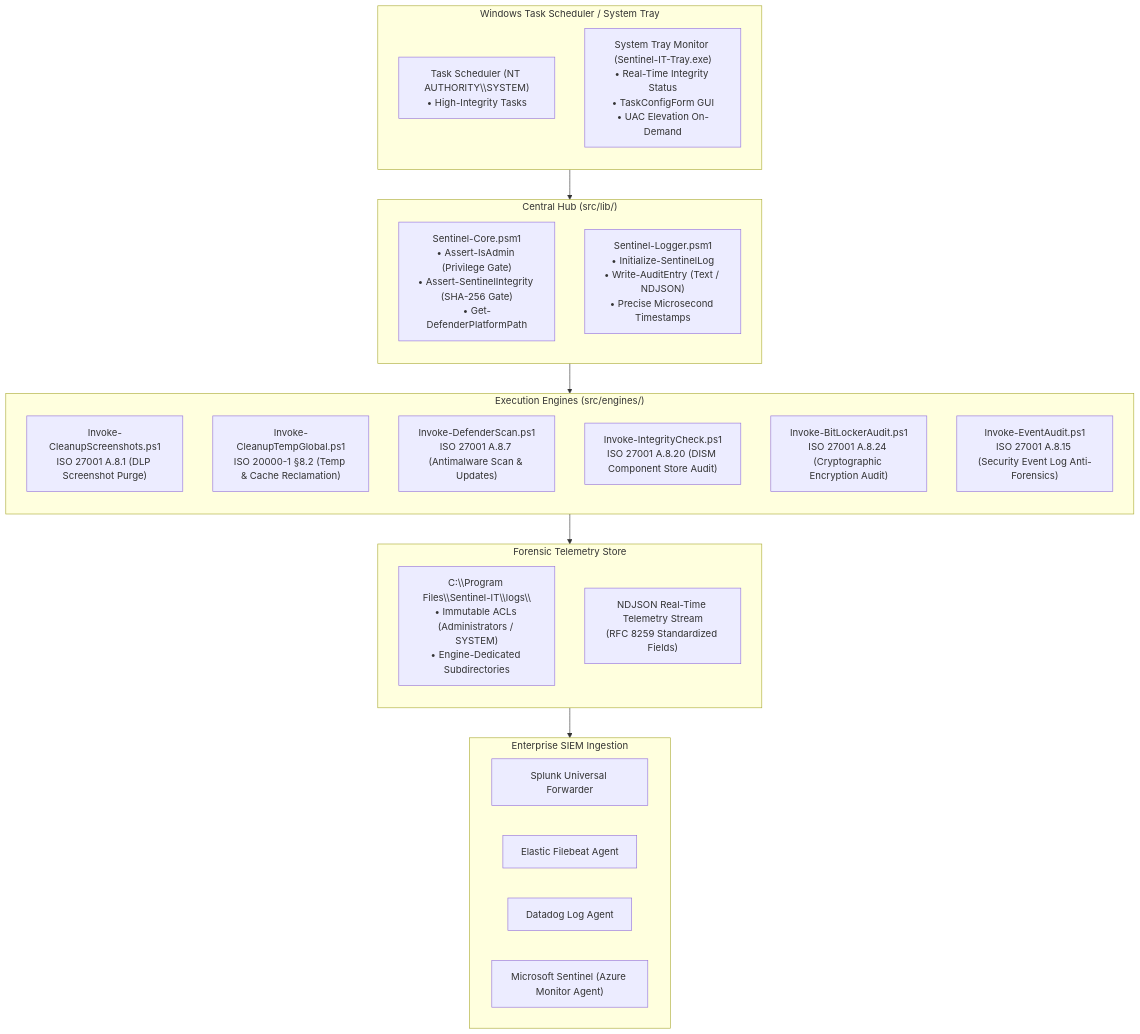
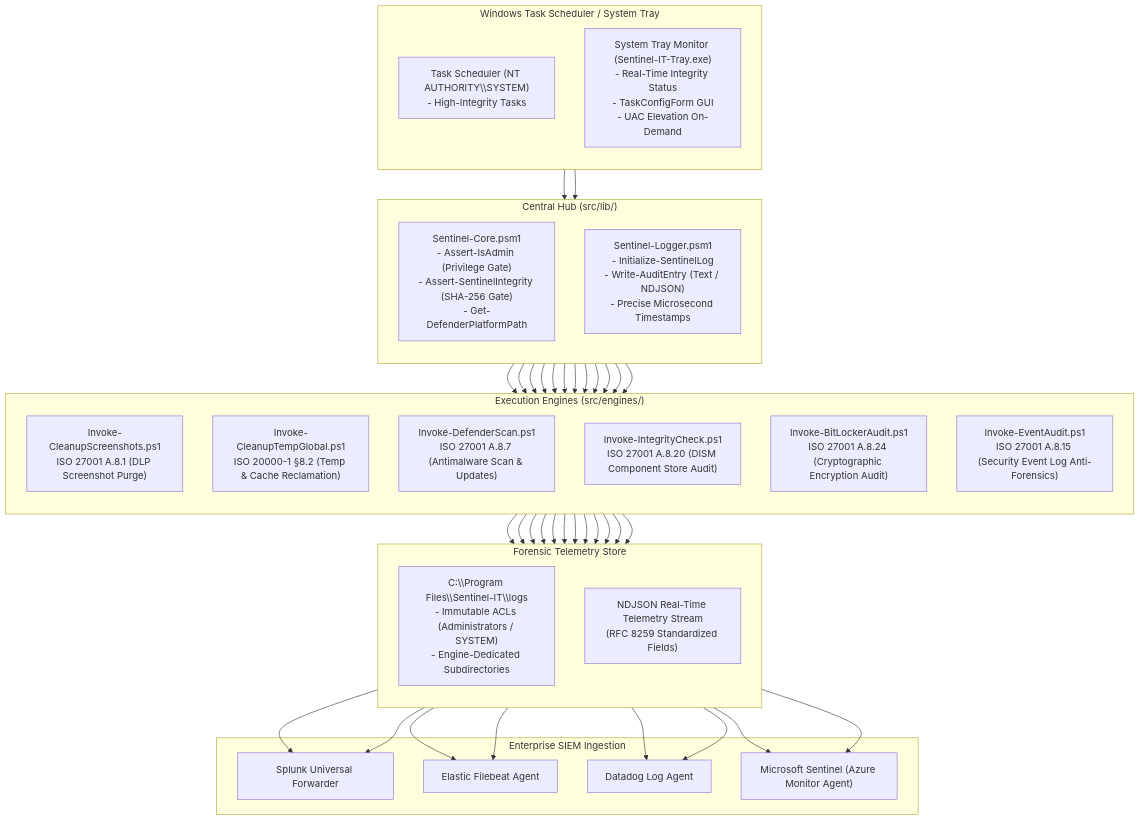
The first of 3 diagrams in README.md (isora-cloud-group/Isora-Sentinel), drawn with Mermaid before and after one commit. The commit also changed other lines of this file and 2 other files, not shown here.

Commit message:
docs: add SIEM integration and architecture documentation alongside README updates

````diff
--- a/README.md
+++ b/README.md
@@ -51,42 +51,42 @@
 ```mermaid
 flowchart TD
     subgraph Orchestration["Windows Task Scheduler / System Tray"]
         direction TB
-        Sched["Task Scheduler (NT AUTHORITY\\SYSTEM)\n• High-Integrity Tasks"]
-        Tray["System Tray Monitor (Sentinel-IT-Tray.exe)\n• Real-Time Integrity Status\n• TaskConfigForm GUI\n• UAC Elevation On-Demand"]
+        Sched["Task Scheduler (NT AUTHORITY\\SYSTEM)\n- High-Integrity Tasks"]
+        Tray["System Tray Monitor (Sentinel-IT-Tray.exe)\n- Real-Time Integrity Status\n- TaskConfigForm GUI\n- UAC Elevation On-Demand"]
     end
 
     subgraph CoreHub["Central Hub (src/lib/)"]
         direction TB
-        Core["Sentinel-Core.psm1\n• Assert-IsAdmin (Privilege Gate)\n• Assert-SentinelIntegrity (SHA-256 Gate)\n• Get-DefenderPlatformPath"]
-        Logger["Sentinel-Logger.psm1\n• Initialize-SentinelLog\n• Write-AuditEntry (Text / NDJSON)\n• Precise Microsecond Timestamps"]
+        Core["Sentinel-Core.psm1\n- Assert-IsAdmin (Privilege Gate)\n- Assert-SentinelIntegrity (SHA-256 Gate)\n- Get-DefenderPlatformPath"]
+        Logger["Sentinel-Logger.psm1\n- Initialize-SentinelLog\n- Write-AuditEntry (Text / NDJSON)\n- Precise Microsecond Timestamps"]
     end
 
     subgraph AtomicEngines["Execution Engines (src/engines/)"]
         direction TB
         E1["Invoke-CleanupScreenshots.ps1\nISO 27001 A.8.1 (DLP Screenshot Purge)"]
         E2["Invoke-CleanupTempGlobal.ps1\nISO 20000-1 §8.2 (Temp & Cache Reclamation)"]
         E3["Invoke-DefenderScan.ps1\nISO 27001 A.8.7 (Antimalware Scan & Updates)"]
         E4["Invoke-IntegrityCheck.ps1\nISO 27001 A.8.20 (DISM Component Store Audit)"]
         E5["Invoke-BitLockerAudit.ps1\nISO 27001 A.8.24 (Cryptographic Encryption Audit)"]
         E6["Invoke-EventAudit.ps1\nISO 27001 A.8.15 (Security Event Log Anti-Forensics)"]
     end
 
     subgraph ForensicStorage["Forensic Telemetry Store"]
         direction TB
-        LogDir["C:\\Program Files\\Sentinel-IT\\logs\\\n• Immutable ACLs (Administrators / SYSTEM)\n• Engine-Dedicated Subdirectories"]
+        LogDir["C:\\Program Files\\Sentinel-IT\\logs\n- Immutable ACLs (Administrators / SYSTEM)\n- Engine-Dedicated Subdirectories"]
         NDJSON["NDJSON Real-Time Telemetry Stream\n(RFC 8259 Standardized Fields)"]
     end
 
     subgraph SIEMCollectors["Enterprise SIEM Ingestion"]
         Splunk["Splunk Universal Forwarder"]
         Elastic["Elastic Filebeat Agent"]
         Datadog["Datadog Log Agent"]
         Sentinel["Microsoft Sentinel (Azure Monitor Agent)"]
     end
 
-    Orchestration --> CoreHub
-    CoreHub --> AtomicEngines
-    AtomicEngines --> ForensicStorage
-    ForensicStorage --> SIEMCollectors
+    Sched & Tray --> Core
+    Core & Logger --> E1 & E2 & E3 & E4 & E5 & E6
+    E1 & E2 & E3 & E4 & E5 & E6 --> LogDir & NDJSON
+    LogDir & NDJSON --> Splunk & Elastic & Datadog & Sentinel
 ```
````
